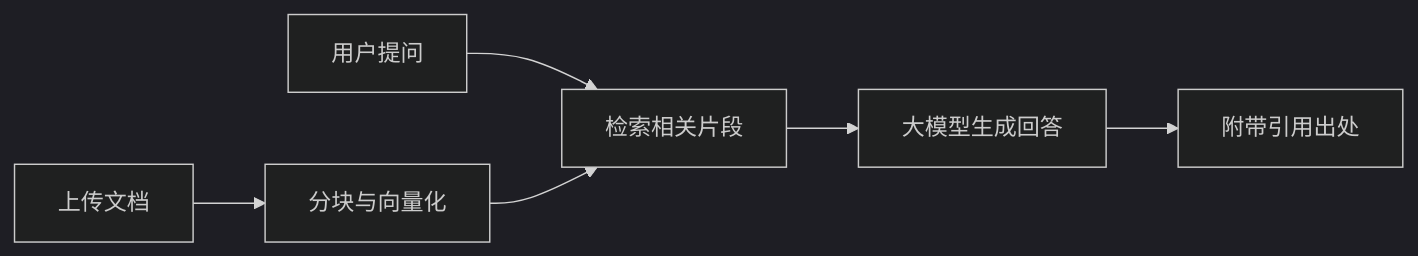
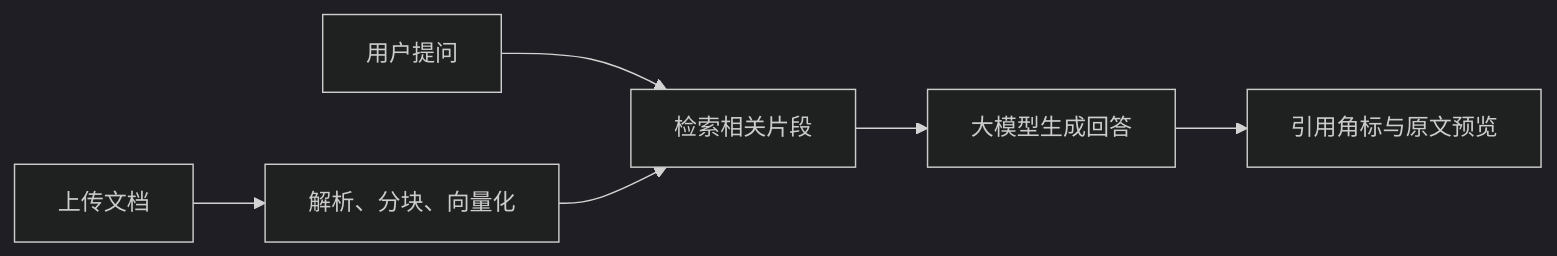
One commit to turing-pixel/turing-rag changed the first of 2 diagrams in README.zh-CN.md. Above: the diagram before and after it, drawn with Mermaid (dark theme). The commit also changed other lines of this file and 1 other file, not shown here.

````diff
--- a/README.zh-CN.md
+++ b/README.zh-CN.md
@@ -69,8 +52,8 @@
 ```mermaid
 flowchart LR
-  A[上传文档] --> B[分块与向量化]
+  A[上传文档] --> B[解析、分块、向量化]
   C[用户提问] --> D[检索相关片段]
   B --> D
   D --> E[大模型生成回答]
-  E --> F[附带引用出处]
+  E --> F[引用角标与原文预览]
 ```
````
